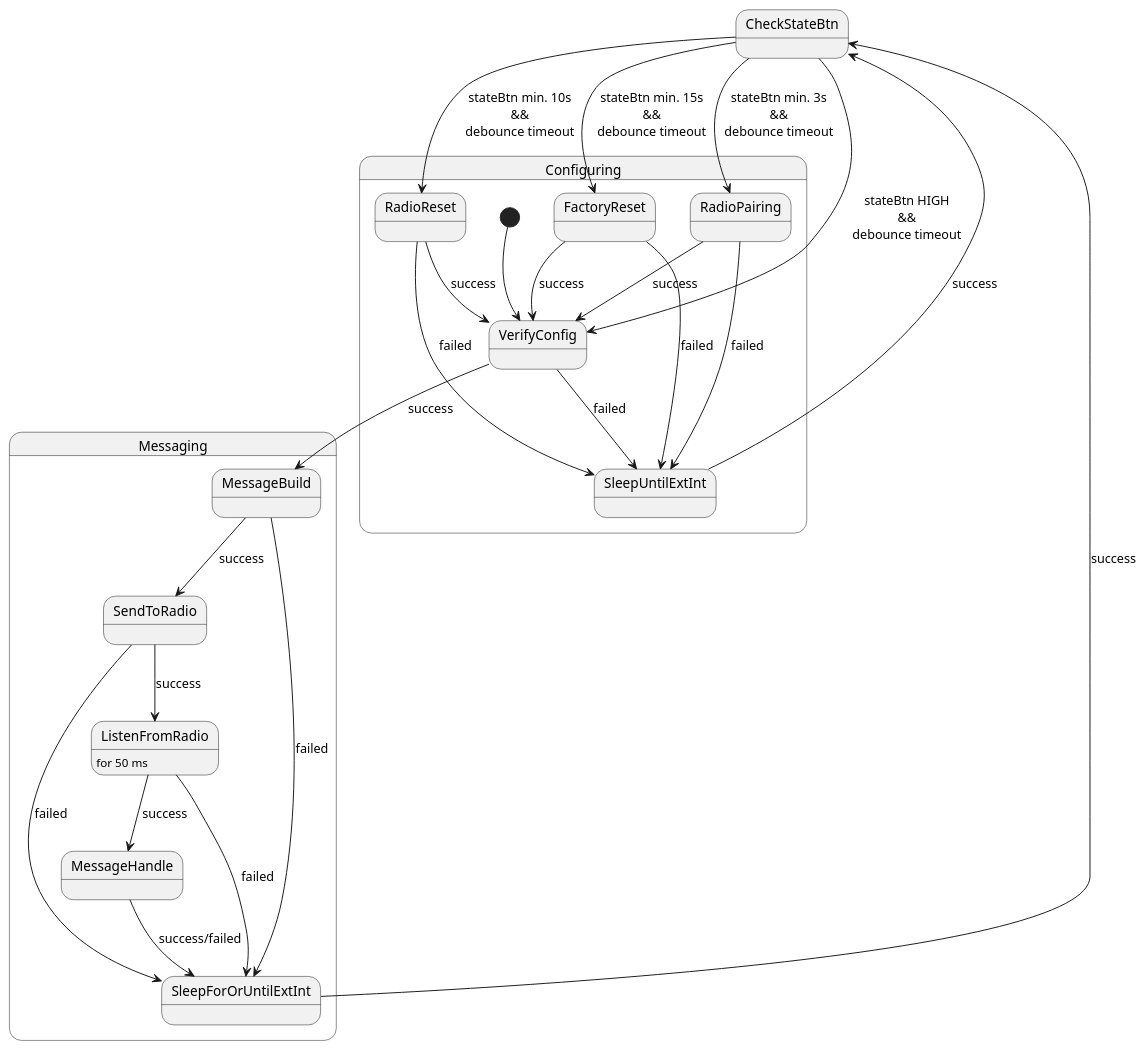
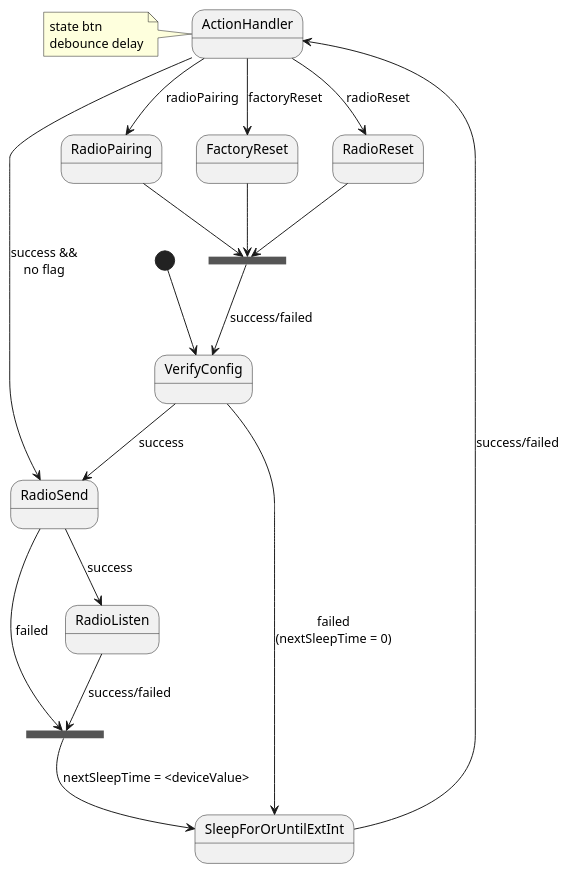
The fifth of 5 diagrams in docs/README.md (damiandrzewicz/iots-rf-core-lib), drawn with PlantUML before and after one commit. The commit also changed other lines of this file and 4 other files, not shown here.

```diff
--- a/docs/README.md
+++ b/docs/README.md
@@ -189,39 +159,30 @@
 @startuml
+[*] --> VerifyConfig
+VerifyConfig --> SleepForOrUntilExtInt : failed\n(nextSleepTime = 0)
+VerifyConfig --> RadioSend : success
 
+ActionHandler --> FactoryReset : factoryReset
+ActionHandler --> RadioReset : radioReset
+ActionHandler --> RadioPairing : radioPairing
 
-state Configuring {
-  [*] --> VerifyConfig
-  VerifyConfig --> SleepUntilExtInt : failed
+note left of ActionHandler : state btn\ndebounce delay
 
-  RadioPairing --> VerifyConfig : success
-  RadioPairing --> SleepUntilExtInt : failed
-  
-  RadioReset --> VerifyConfig : success
-  RadioReset --> SleepUntilExtInt : failed
-  
-  FactoryReset --> VerifyConfig : success
-  FactoryReset --> SleepUntilExtInt : failed
-  
-}
+SleepForOrUntilExtInt --> ActionHandler : success/failed
 
-SleepUntilExtInt --> CheckStateBtn : success
-CheckStateBtn --> VerifyConfig : stateBtn HIGH\n&&\ndebounce timeout
-CheckStateBtn --> RadioPairing : stateBtn min. 3s\n&&\ndebounce timeout
-CheckStateBtn --> FactoryReset : stateBtn min. 15s\n&&\ndebounce timeout
-CheckStateBtn --> RadioReset : stateBtn min. 10s\n&&\ndebounce timeout
+state join_sleep <<join>>
 
-state Messaging {
-  VerifyConfig --> MessageBuild : success
-  MessageBuild --> SendToRadio : success
-  MessageBuild --> SleepForOrUntilExtInt : failed
-  SendToRadio --> ListenFromRadio : success
-  ListenFromRadio : for 50 ms
-  SendToRadio --> SleepForOrUntilExtInt : failed
-  ListenFromRadio --> MessageHandle : success
-  ListenFromRadio --> SleepForOrUntilExtInt : failed
-  MessageHandle --> SleepForOrUntilExtInt : success/failed
-  SleepForOrUntilExtInt --> CheckStateBtn : success
-}
+RadioSend --> RadioListen : success
+RadioSend --> join_sleep : failed
+RadioListen --> join_sleep : success/failed
 
+join_sleep --> SleepForOrUntilExtInt : nextSleepTime = <deviceValue>
+
+state join_action <<join>>
+FactoryReset --> join_action
+RadioReset --> join_action
+RadioPairing --> join_action
+join_action --> VerifyConfig : success/failed
+
+ActionHandler --> RadioSend : success &&\nno flag
 
 @enduml
```
